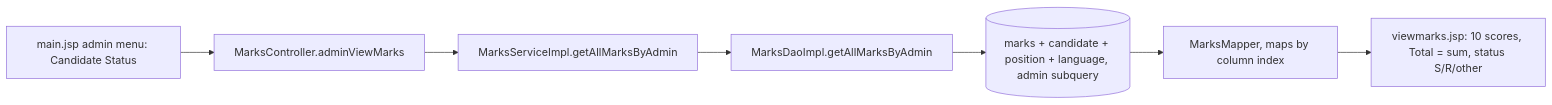
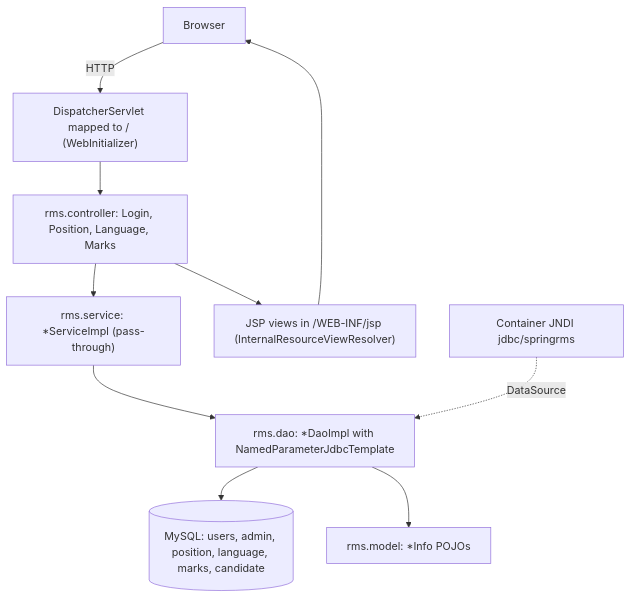
One commit to rafitsabbir/RMS changed the diagram in docs/architecture.md. Above: the diagram before and after it, drawn with Mermaid. The commit also changed other lines of this file and 12 other files, not shown here.

````diff
--- a/docs/architecture.md
+++ b/docs/architecture.md
@@ -69,9 +8,12 @@
 ```mermaid
-flowchart LR
-  A["main.jsp admin menu: Candidate Status"] --> B[MarksController.adminViewMarks]
-  B --> C[MarksServiceImpl.getAllMarksByAdmin]
-  C --> D[MarksDaoImpl.getAllMarksByAdmin]
-  D --> E[("marks + candidate + position + language, admin subquery")]
-  E --> F["MarksMapper, maps by column index"]
-  F --> G["viewmarks.jsp: 10 scores, Total = sum, status S/R/other"]
+flowchart TB
+  U[Browser] -->|HTTP| DS["DispatcherServlet mapped to / (WebInitializer)"]
+  DS --> CTL["rms.controller: Login, Position, Language, Marks"]
+  CTL --> SVC["rms.service: *ServiceImpl (pass-through)"]
+  SVC --> DAO["rms.dao: *DaoImpl with NamedParameterJdbcTemplate"]
+  DAO --> DB[("MySQL: users, admin, position, language, marks, candidate")]
+  DAO --> M["rms.model: *Info POJOs"]
+  CTL --> V["JSP views in /WEB-INF/jsp (InternalResourceViewResolver)"]
+  V --> U
+  JNDI["Container JNDI jdbc/springrms"] -.->|DataSource| DAO
 ```
````
